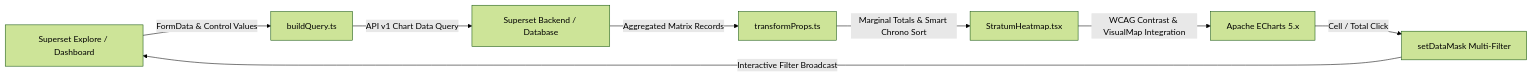
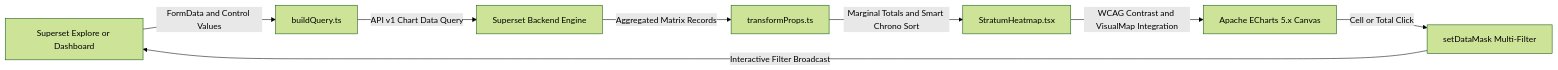
One commit to FrancescoCastaldi/superset-plugin-chart-stratum-heatmap changed the diagram in README.md. Above: the diagram before and after it, drawn with Mermaid (forest theme). The commit also changed other lines of this file and 6 other files, not shown here.

````diff
--- a/README.md
+++ b/README.md
@@ -65,10 +65,10 @@
 ```mermaid
 flowchart LR
-    A[Superset Explore / Dashboard] -->|FormData & Control Values| B[buildQuery.ts]
-    B -->|API v1 Chart Data Query| C[Superset Backend / Database]
+    A[Superset Explore or Dashboard] -->|FormData and Control Values| B[buildQuery.ts]
+    B -->|API v1 Chart Data Query| C[Superset Backend Engine]
     C -->|Aggregated Matrix Records| D[transformProps.ts]
-    D -->|Marginal Totals & Smart Chrono Sort| E[StratumHeatmap.tsx]
-    E -->|WCAG Contrast & VisualMap Integration| F[Apache ECharts 5.x]
-    F -->|Cell / Total Click| G[setDataMask Multi-Filter]
+    D -->|Marginal Totals and Smart Chrono Sort| E[StratumHeatmap.tsx]
+    E -->|WCAG Contrast and VisualMap Integration| F[Apache ECharts 5.x Canvas]
+    F -->|Cell or Total Click| G[setDataMask Multi-Filter]
     G -->|Interactive Filter Broadcast| A
 ```
````
